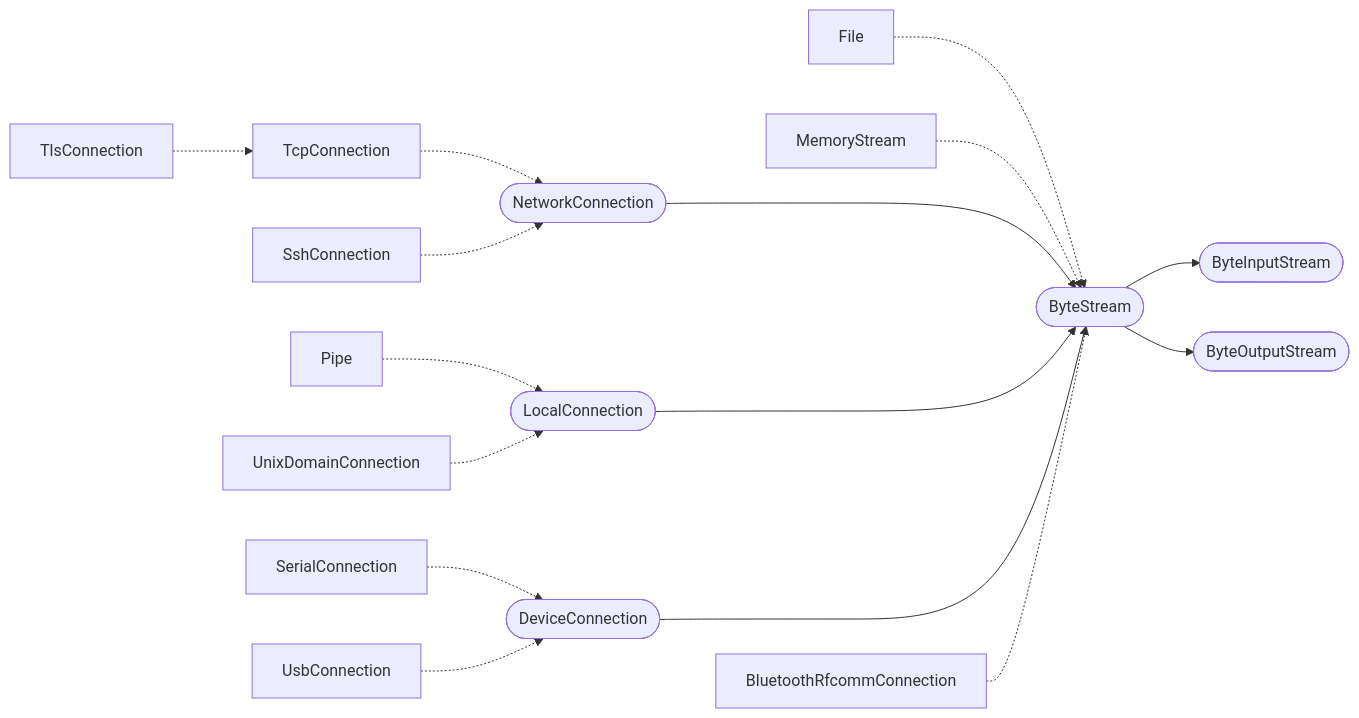
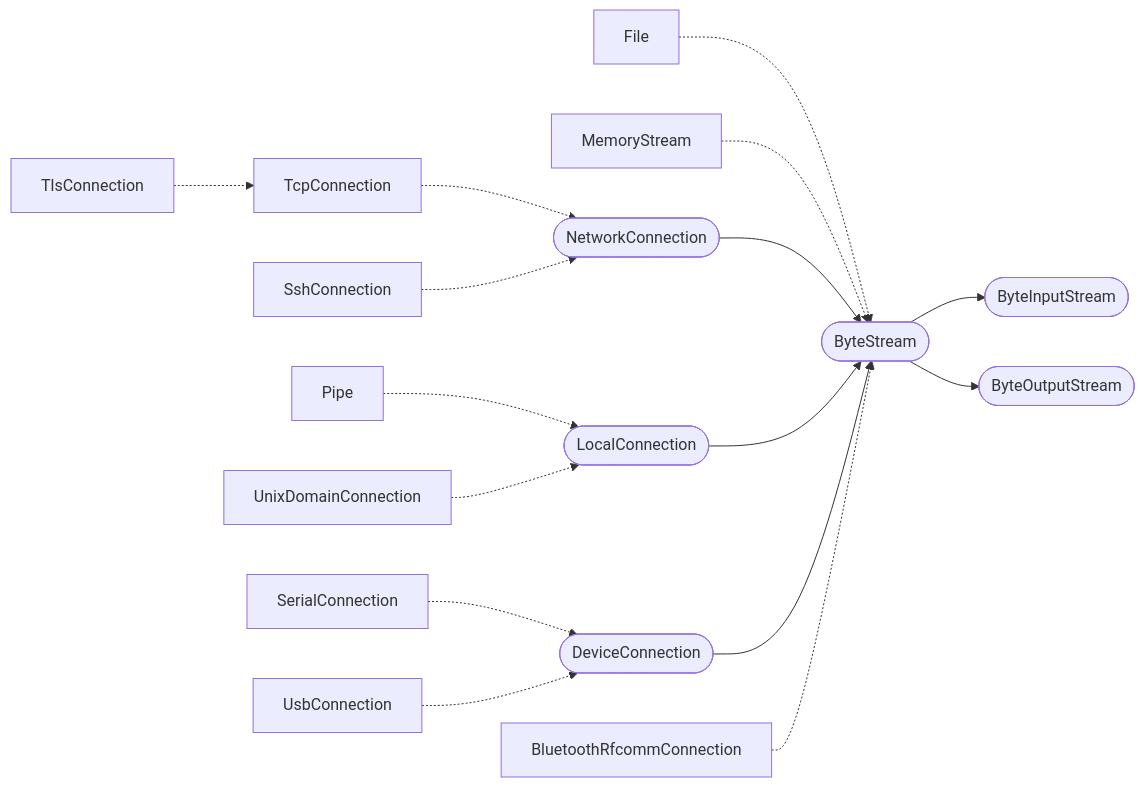
Before and after one commit to laro/Cilia: the diagram in 2 Standard Lib/7 ByteStream & IO.md, drawn with Mermaid.

Commit message:
Update 7 ByteStream & IO.md

````diff
--- a/2 Standard Lib/7 ByteStream & IO.md
+++ b/2 Standard Lib/7 ByteStream & IO.md
@@ -137,41 +137,41 @@
 ```mermaid
 %%{init: {'themeVariables': {'fontFamily': 'monospace'}}}%%
 flowchart LR
     File[File]
     MemoryStream[MemoryStream]
     NetworkConnection([NetworkConnection])
     TcpConnection[TcpConnection]
     TlsConnection[TlsConnection]
     SshConnection[SshConnection]
     LocalConnection([LocalConnection])
     Pipe[Pipe]
     UnixDomainConnection[UnixDomainConnection]
     DeviceConnection([DeviceConnection])
     SerialConnection[SerialConnection]
     UsbConnection[UsbConnection]
     BluetoothRfcommConnection[BluetoothRfcommConnection]
     
     ByteStream([ByteStream])
     ByteInputStream([ByteInputStream])
     ByteOutputStream([ByteOutputStream])
     
     File -.-> ByteStream
     MemoryStream -.-> ByteStream
-    NetworkConnection ---> ByteStream
-    LocalConnection ---> ByteStream
-    DeviceConnection ---> ByteStream
+    NetworkConnection --> ByteStream
+    LocalConnection --> ByteStream
+    DeviceConnection --> ByteStream
     BluetoothRfcommConnection -.-> ByteStream
     
     TcpConnection -.-> NetworkConnection
     TlsConnection -.-> TcpConnection
     SshConnection -.-> NetworkConnection
     
     Pipe -.-> LocalConnection
     UnixDomainConnection -.-> LocalConnection
     
     SerialConnection -.-> DeviceConnection
     UsbConnection -.-> DeviceConnection
     
     ByteStream --> ByteInputStream
     ByteStream --> ByteOutputStream
 ```
````
